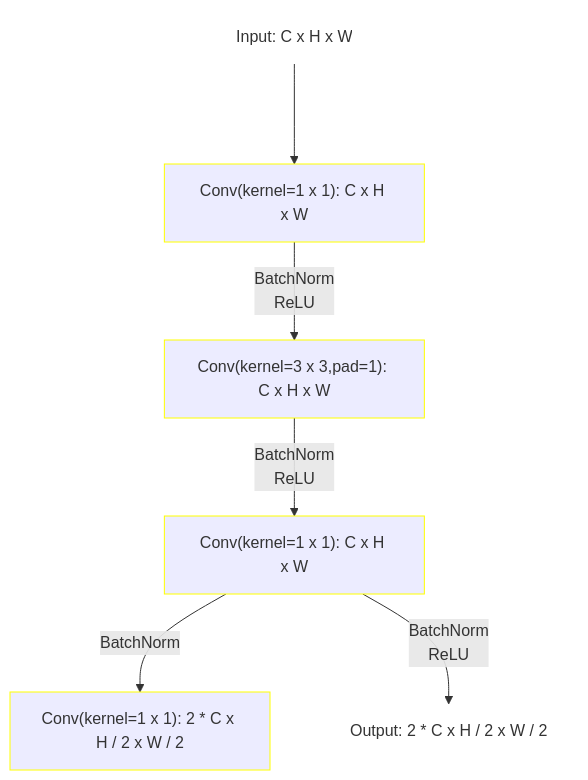
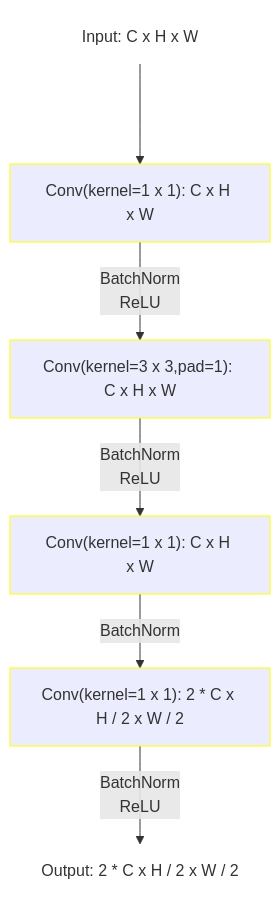
One commit to bajcsiadel/fMRI-Analysis-to-Predict-Alzheimer-Traditional-vs-Deep-Learning changed the fourth of 6 diagrams in src/model/neural_net/resnet/README.md. Above: the diagram before and after it, drawn with Mermaid. The commit also changed other lines of this file, not shown here.

````diff
--- a/src/model/neural_net/resnet/README.md
+++ b/src/model/neural_net/resnet/README.md
@@ -51,13 +51,13 @@
 ```mermaid
 graph TD;
     classDef convNode stroke:#FFFF00;
     classDef poolNode stroke:#00FFFF;
     classDef linearNode stroke:#00FF00;
     classDef simpleText stroke-opacity:0, fill-opacity: 0;
     
     INPUT[Input: C x H x W]:::simpleText ---> B["Conv(kernel=1 x 1): C x H x W"]:::convNode;
     B -- BatchNorm <br/> ReLU --> C["Conv(kernel=3 x 3,pad=1): C x H x W"]:::convNode;
     C -- BatchNorm <br/> ReLU --> D["Conv(kernel=1 x 1): C x H x W"]:::convNode;
     D -- BatchNorm --> E["Conv(kernel=1 x 1): 2 * C x H / 2 x W / 2"]:::convNode;
-    D -- BatchNorm <br/> ReLU --> OUTPUT[Output: 2 * C x H / 2 x W / 2]:::simpleText;
+    E -- BatchNorm <br/> ReLU --> OUTPUT[Output: 2 * C x H / 2 x W / 2]:::simpleText;
 ```
````
